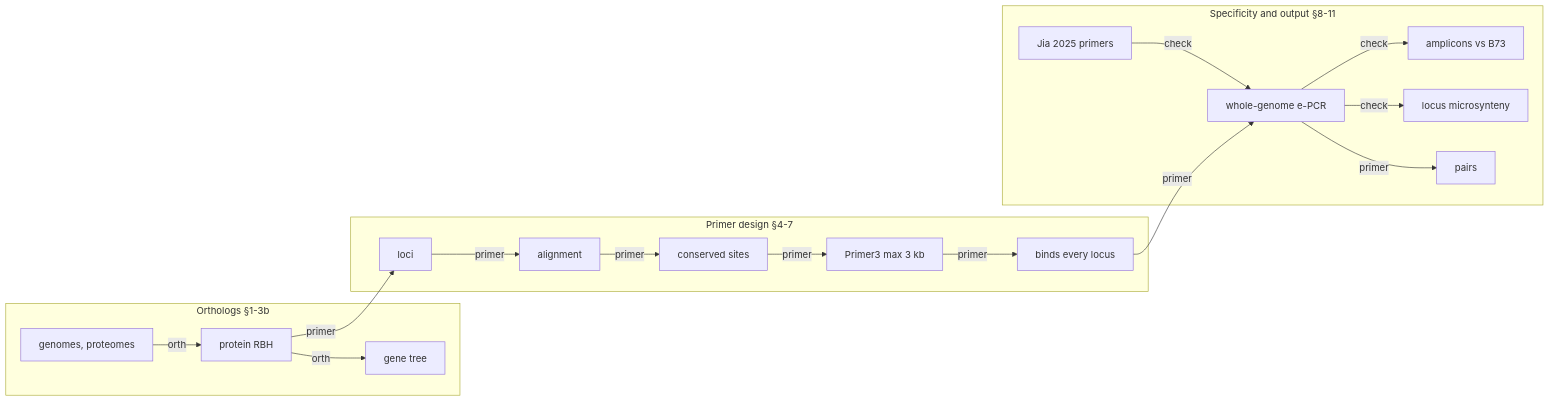
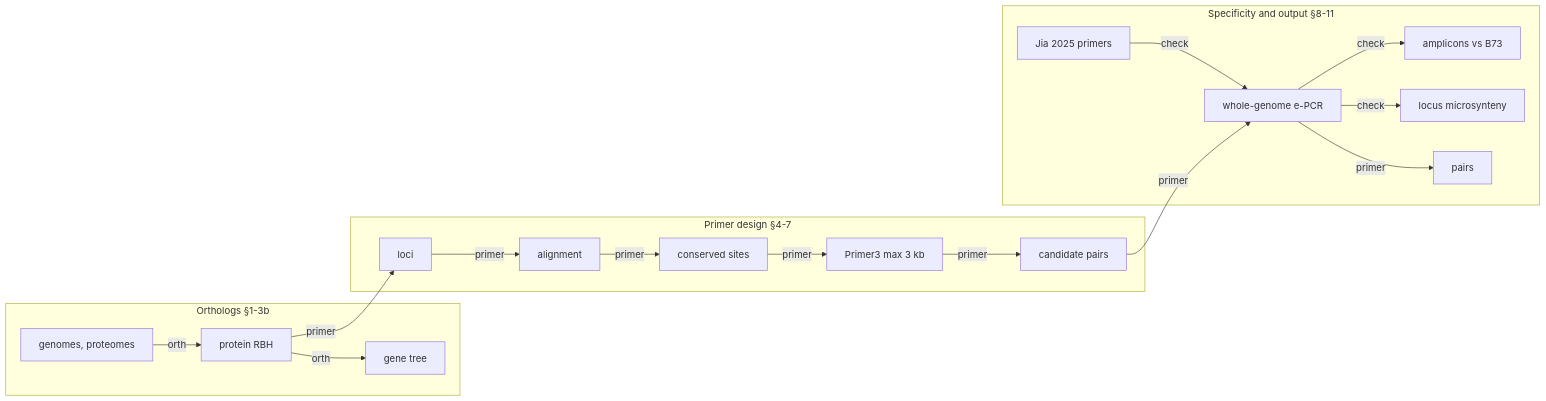
One commit to sawers-rellan-labs/geneprom changed the diagram in docs/pipeline.mmd. Above: the diagram before and after it, drawn with Mermaid. The commit also changed 1 other file, not shown here.

Commit message:
Overview map: box 2 ends in 'candidate pairs' (what flows into the e-PCR check)

```diff
--- a/docs/pipeline.mmd
+++ b/docs/pipeline.mmd
@@ -1,54 +1,54 @@
 %%metro mode: light
 %%metro font_scale: 1.3
 %%metro file: inputs | FASTA
 %%metro file: pairs | TSV
 %%metro line: orth | Orthologs | #1F6FB4
 %%metro line: primer | Primer design | #B4451F
 %%metro line: check | Checks | #7F7F7F | dashed
 %%metro legend: bl
 %%metro grid: orthologs | 0,0
 %%metro grid: design | 0,1
 %%metro grid: output | 0,2
 
 graph LR
     subgraph orthologs [Orthologs §1-3b]
         %%metro exit: right | primer
         inputs[genomes, proteomes]
         rbh[protein RBH]
         tree[gene tree]
 
         inputs -->|orth| rbh
         rbh -->|orth| tree
     end
 
     subgraph design [Primer design §4-7]
         %%metro entry: left | primer
         %%metro exit: right | primer
         loci[loci]
         aln[alignment]
         sites[conserved sites]
         p3[Primer3 max 3 kb]
-        bind[binds every locus]
+        bind[candidate pairs]
 
         loci -->|primer| aln
         aln -->|primer| sites
         sites -->|primer| p3
         p3 -->|primer| bind
     end
 
     subgraph output [Specificity and output §8-11]
         %%metro entry: left | primer
         jia[Jia 2025 primers]
         epcr[whole-genome e-PCR]
         amp[amplicons vs B73]
         synt[locus microsynteny]
         pairs[pairs]
 
         jia -->|check| epcr
         epcr -->|primer| pairs
         epcr -->|check| amp
         epcr -->|check| synt
     end
 
     rbh -->|primer| loci
     bind -->|primer| epcr
```
